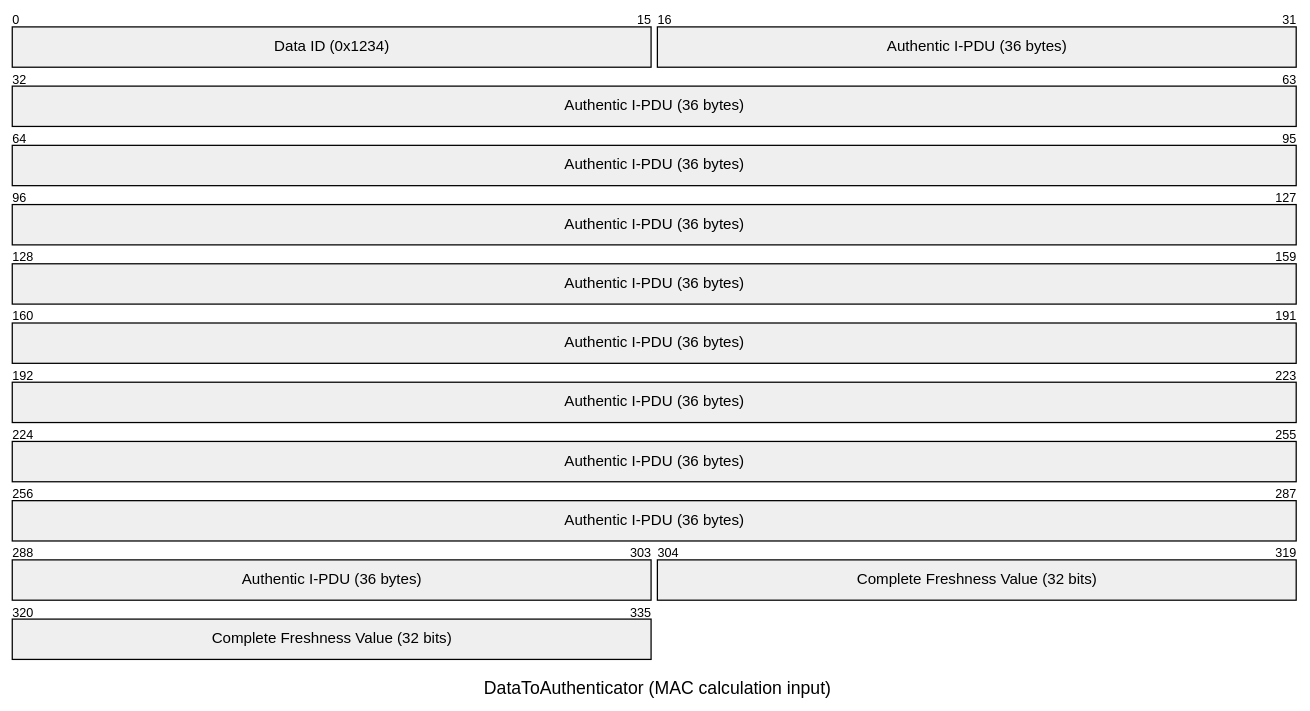
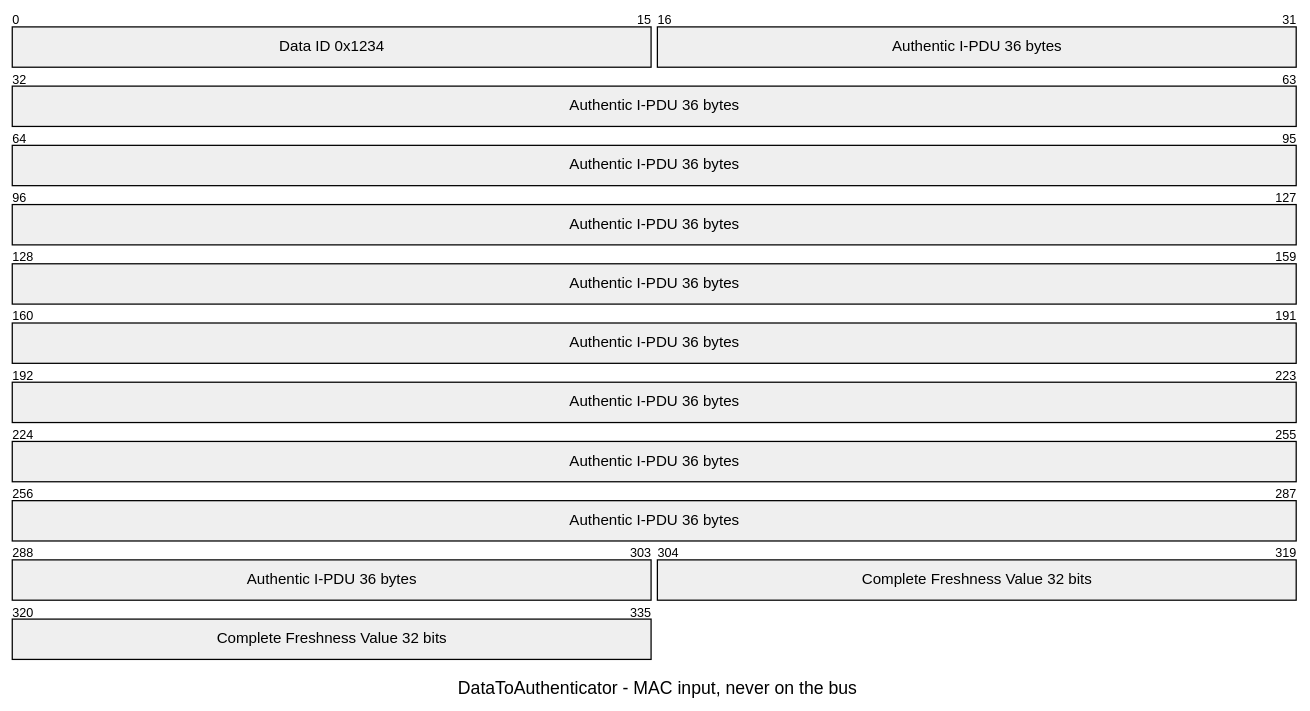
The second of 7 diagrams in doc/EN/SecOC.md (autoas/as), drawn with Mermaid before and after one commit. The commit also changed other lines of this file and 518 other files, not shown here.

````diff
--- a/doc/EN/SecOC.md
+++ b/doc/EN/SecOC.md
@@ -52,7 +238,7 @@
 ```mermaid
 packet-beta
-title DataToAuthenticator (MAC calculation input)
-0-15: "Data ID (0x1234)"
-16-303: "Authentic I-PDU (36 bytes)"
-304-335: "Complete Freshness Value (32 bits)"
+title DataToAuthenticator - MAC input, never on the bus
+0-15: "Data ID 0x1234"
+16-303: "Authentic I-PDU 36 bytes"
+304-335: "Complete Freshness Value 32 bits"
 ```
````
